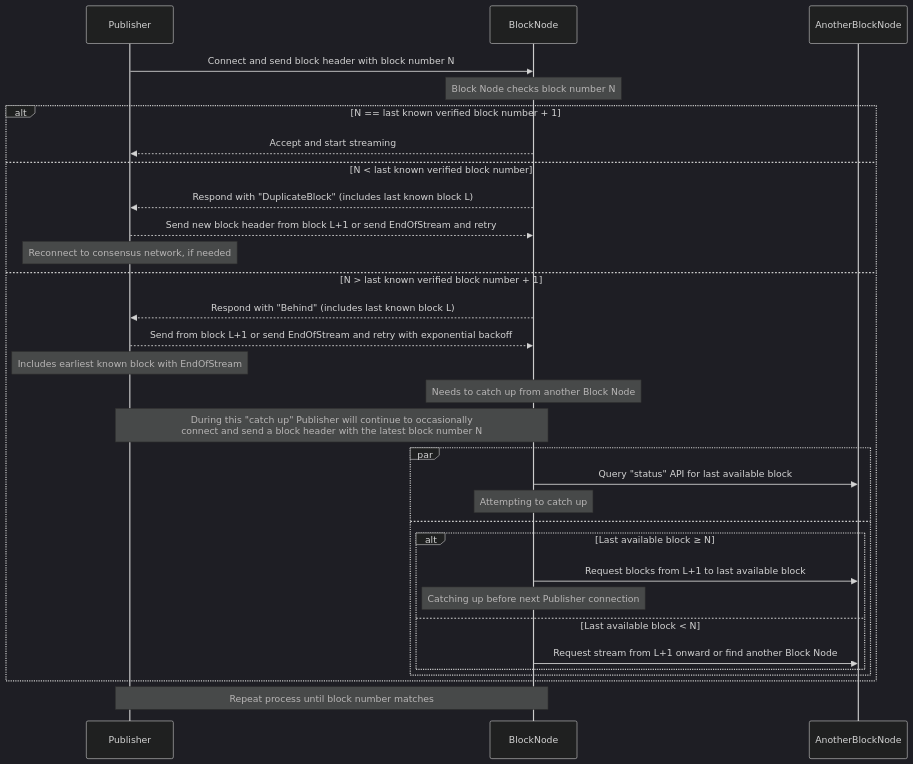
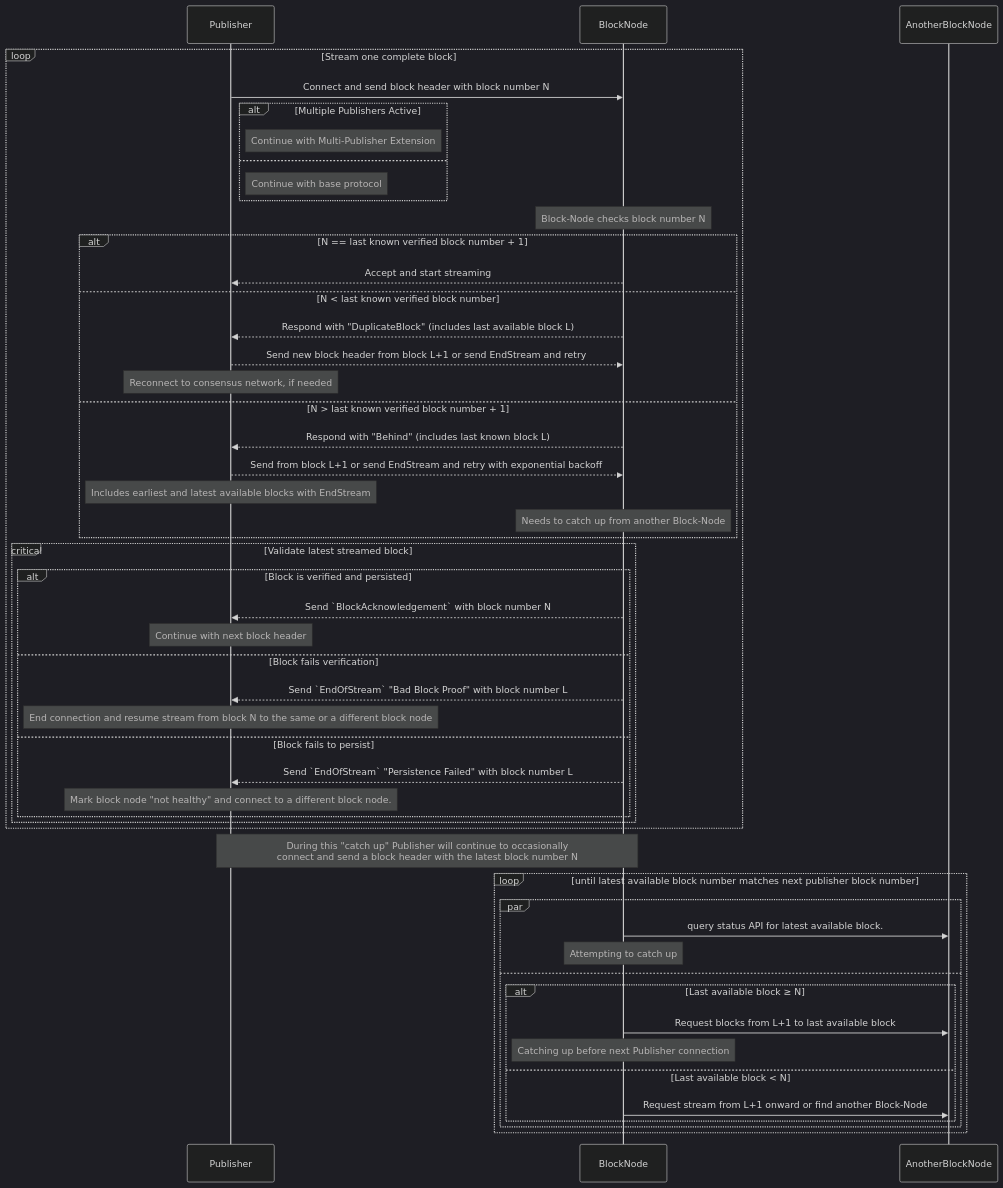
Before and after one commit to hiero-ledger/hiero-block-node: the first of 4 diagrams in docs/design/communication-protocol/publish-block-stream.md, drawn with Mermaid (dark theme). The commit also changed other lines of this file and 1 other file, not shown here.

````diff
--- a/docs/design/communication-protocol/publish-block-stream.md
+++ b/docs/design/communication-protocol/publish-block-stream.md
@@ -122,37 +138,55 @@
 ```mermaid
 sequenceDiagram
-    participant Publisher
-    participant BlockNode
-    participant AnotherBlockNode
+  participant Publisher
+  participant BlockNode
+  participant AnotherBlockNode
 
+  loop Stream one complete block
     Publisher->>BlockNode: Connect and send block header with block number N
-    Note over BlockNode: Block Node checks block number N
+    alt Multiple Publishers Active
+      Note right of Publisher: Continue with Multi-Publisher Extension
+    else
+      Note right of Publisher: Continue with base protocol
+    end
+    Note over BlockNode: Block-Node checks block number N
+    alt N == last known verified block number + 1
+      BlockNode-->>Publisher: Accept and start streaming
+    else N < last known verified block number
+      BlockNode-->>Publisher: Respond with "DuplicateBlock" (includes last available block L)
+      Publisher-->>BlockNode: Send new block header from block L+1 or send EndStream and retry
+      Note over Publisher: Reconnect to consensus network, if needed
+    else N > last known verified block number + 1
+      BlockNode-->>Publisher: Respond with "Behind" (includes last known block L)
+      Publisher-->>BlockNode: Send from block L+1 or send EndStream and retry with exponential backoff
+      Note over Publisher: Includes earliest and latest available blocks with EndStream
+      Note over BlockNode: Needs to catch up from another Block-Node
+    end
+    critical Validate latest streamed block
+      alt Block is verified and persisted
+        BlockNode-->>Publisher: Send `BlockAcknowledgement` with block number N
+        Note over Publisher: Continue with next block header
+      else Block fails verification
+        BlockNode-->>Publisher: Send `EndOfStream` "Bad Block Proof" with block number L
+        Note over Publisher: End connection and resume stream from block N to the same or a different block node
+      else Block fails to persist
+        BlockNode-->>Publisher: Send `EndOfStream` "Persistence Failed" with block number L
+        Note over Publisher: Mark block node "not healthy" and connect to a different block node.
+      end
+    end
+  end
 
-    alt N == last known verified block number + 1
-        BlockNode-->>Publisher: Accept and start streaming
-    else N < last known verified block number
-        BlockNode-->>Publisher: Respond with "DuplicateBlock" (includes last known block L)
-        Publisher-->>BlockNode: Send new block header from block L+1 or send EndOfStream and retry
-        Note over Publisher: Reconnect to consensus network, if needed
-    else N > last known verified block number + 1
-        BlockNode-->>Publisher: Respond with "Behind" (includes last known block L)
-        Publisher-->>BlockNode: Send from block L+1 or send EndOfStream and retry with exponential backoff
-        Note over Publisher: Includes earliest known block with EndOfStream
-        Note over BlockNode: Needs to catch up from another Block Node
-
-    Note over Publisher,BlockNode: During this "catch up" Publisher will continue to occasionally<br/>connect and send a block header with the latest block number N
-        par
-            BlockNode->>AnotherBlockNode: Query "status" API for last available block
-            Note over BlockNode: Attempting to catch up
-        and
-            alt Last available block ≥ N
-                BlockNode->>AnotherBlockNode: Request blocks from L+1 to last available block
-                Note over BlockNode: Catching up before next Publisher connection
-            else Last available block < N
-                BlockNode->>AnotherBlockNode: Request stream from L+1 onward or find another Block Node
-            end
-        end
+  Note over Publisher,BlockNode: During this "catch up" Publisher will continue to occasionally<br/>connect and send a block header with the latest block number N
+  loop until latest available block number matches next publisher block number
+    par
+      BlockNode->>AnotherBlockNode: query status API for latest available block.
+      Note over BlockNode: Attempting to catch up
+    and
+      alt Last available block ≥ N
+        BlockNode->>AnotherBlockNode: Request blocks from L+1 to last available block
+        Note over BlockNode: Catching up before next Publisher connection
+      else Last available block < N
+        BlockNode->>AnotherBlockNode: Request stream from L+1 onward or find another Block-Node
+      end
     end
-
-    Note over Publisher,BlockNode: Repeat process until block number matches
+  end
 ```
````
